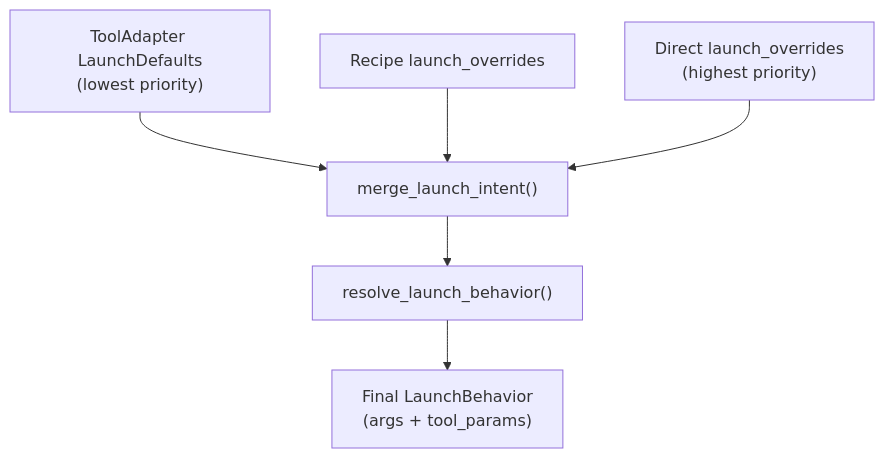
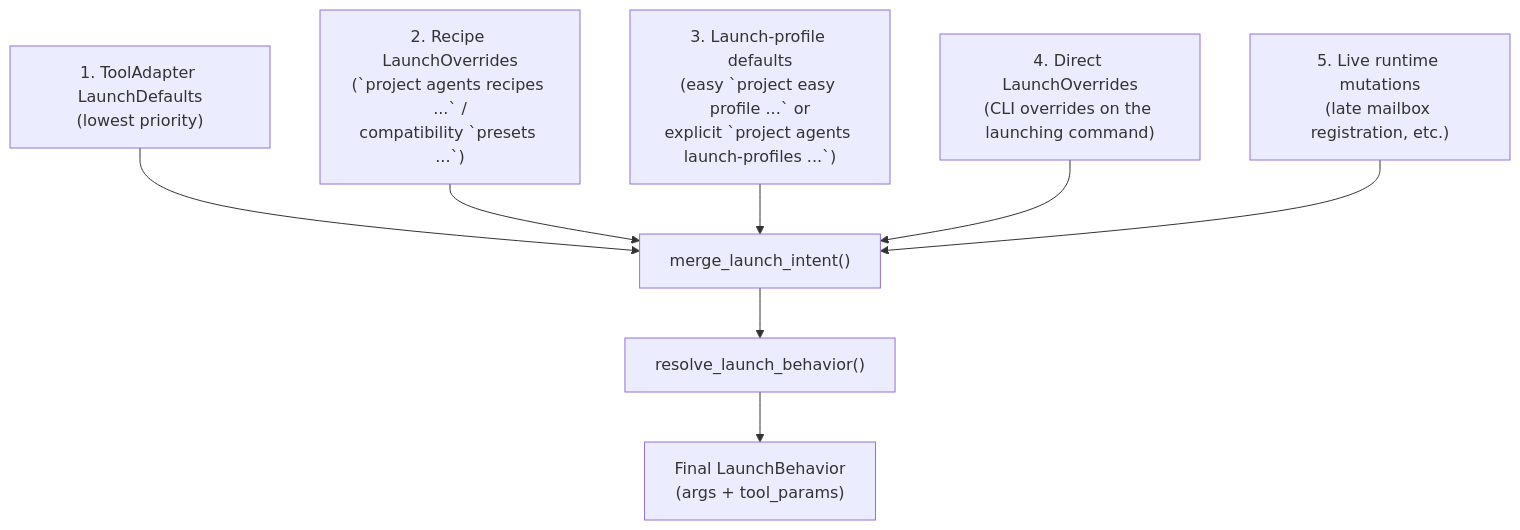
The diagram in docs/reference/build-phase/launch-overrides.md (igamenovoer/houmao), drawn with Mermaid before and after one commit. The commit also changed other lines of this file and 31 other files, not shown here.

First line of the commit message:
docs: revise documentation for launch profiles

````diff
--- a/docs/reference/build-phase/launch-overrides.md
+++ b/docs/reference/build-phase/launch-overrides.md
@@ -9,15 +9,19 @@
 ```mermaid
 flowchart TD
-    A["ToolAdapter LaunchDefaults<br/>(lowest priority)"]
-    B["Recipe launch_overrides"]
-    C["Direct launch_overrides<br/>(highest priority)"]
-    D["merge_launch_intent()"]
-    E["resolve_launch_behavior()"]
+    A["1. ToolAdapter LaunchDefaults<br/>(lowest priority)"]
+    B["2. Recipe LaunchOverrides<br/>(`project agents recipes ...` /<br/>compatibility `presets ...`)"]
+    C["3. Launch-profile defaults<br/>(easy `project easy profile ...` or<br/>explicit `project agents launch-profiles ...`)"]
+    D["4. Direct LaunchOverrides<br/>(CLI overrides on the launching command)"]
+    E["5. Live runtime mutations<br/>(late mailbox registration, etc.)"]
+    M["merge_launch_intent()"]
+    R["resolve_launch_behavior()"]
     F["Final LaunchBehavior<br/>(args + tool_params)"]
 
-    A --> D
-    B --> D
-    C --> D
-    D --> E
-    E --> F
+    A --> M
+    B --> M
+    C --> M
+    D --> M
+    E --> M
+    M --> R
+    R --> F
 ```
````
